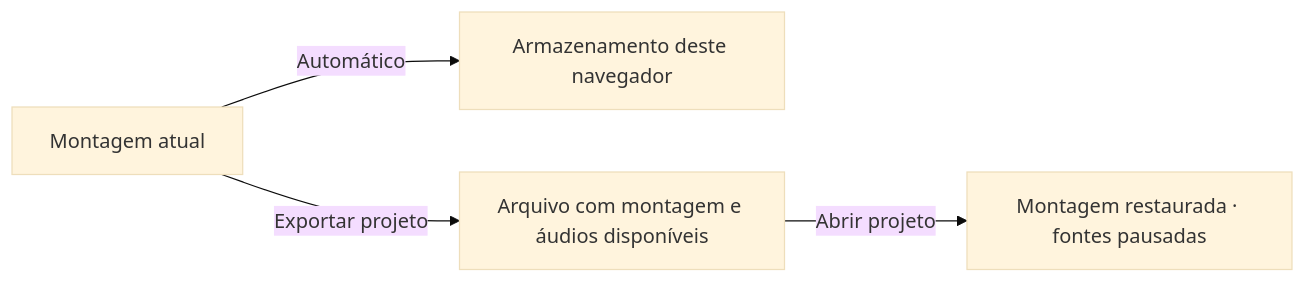
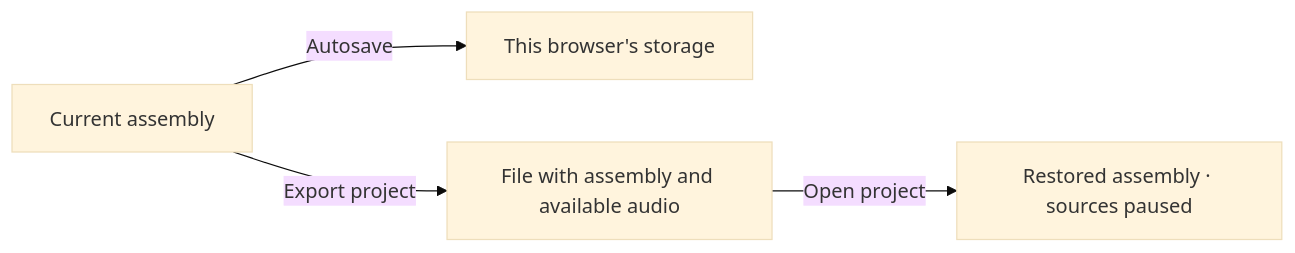
Before and after one commit to gperegr/AudioSystem: the second of 2 diagrams in README.md, drawn with Mermaid (base theme). The commit also changed other lines of this file and 79 other files, not shown here.

````diff
--- a/README.md
+++ b/README.md
@@ -133,6 +135,6 @@
 ```mermaid
 flowchart LR
-    M["Montagem atual"] -->|"Automático"| N["Armazenamento deste navegador"]
-    M -->|"Exportar projeto"| A["Arquivo com montagem e áudios disponíveis"]
-    A -->|"Abrir projeto"| R["Montagem restaurada · fontes pausadas"]
+    M["Current assembly"] -->|"Autosave"| N["This browser's storage"]
+    M -->|"Export project"| A["File with assembly and available audio"]
+    A -->|"Open project"| R["Restored assembly · sources paused"]
 ```
````
